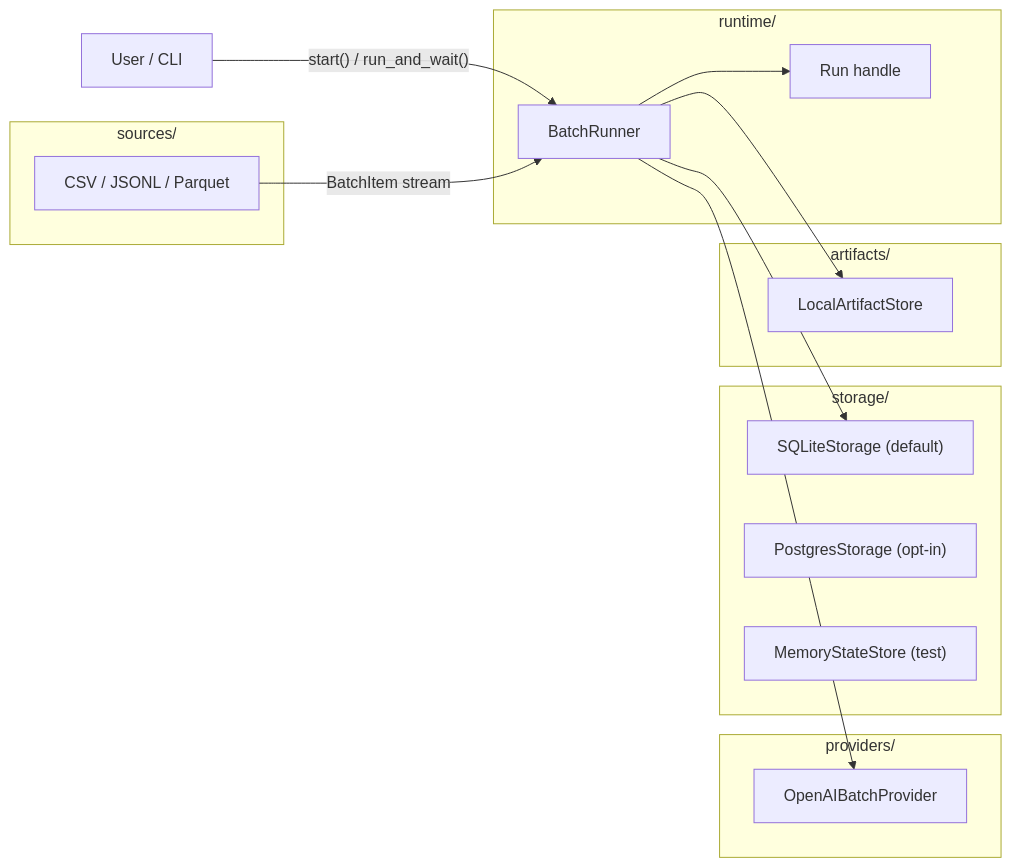
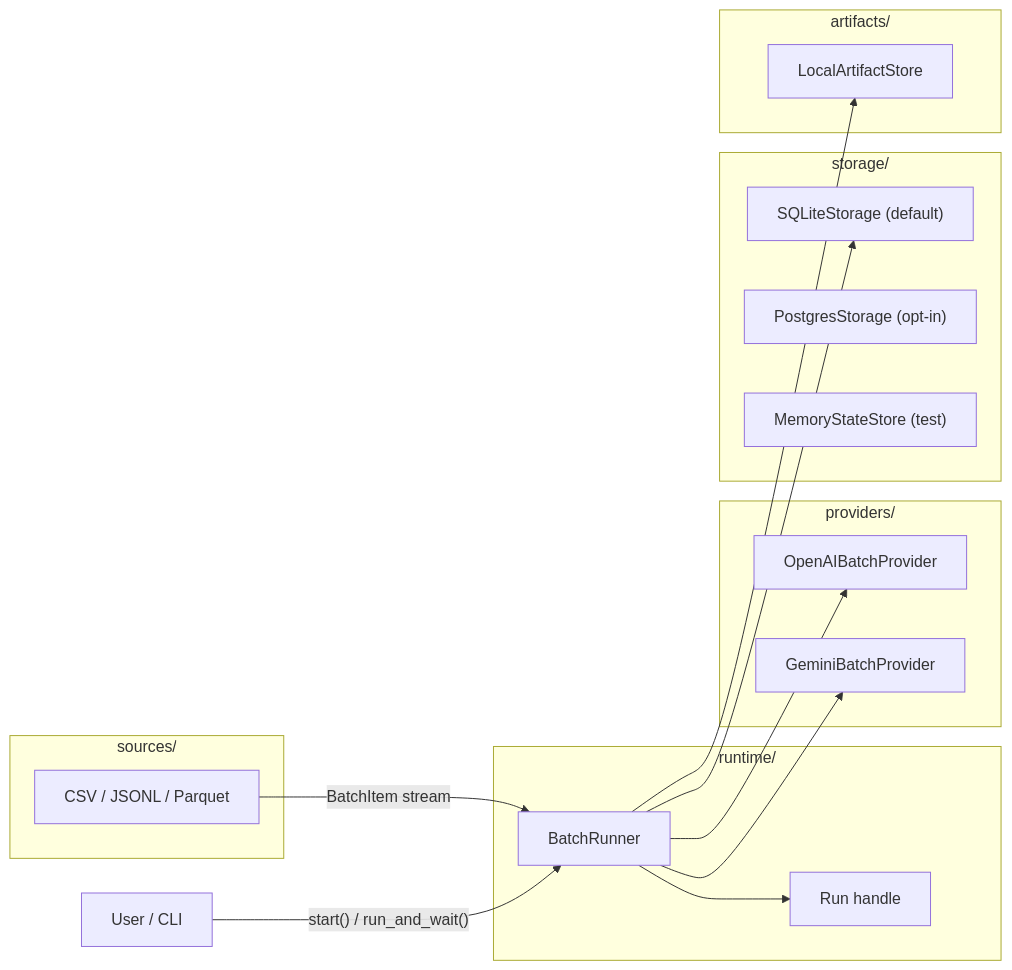
One commit to AnsonDev42/batchor changed the first of 2 diagrams in README.md. Above: the diagram before and after it, drawn with Mermaid. The commit also changed other lines of this file and 36 other files, not shown here.

First line of the commit message:
feat: add Gemini batch provider (#9)

````diff
--- a/README.md
+++ b/README.md
@@ -82,34 +85,36 @@
 ```mermaid
 graph LR
     User["User / CLI"]
 
     subgraph runtime["runtime/"]
         BatchRunner
         Run["Run handle"]
     end
 
     subgraph providers["providers/"]
         OpenAI["OpenAIBatchProvider"]
+        Gemini["GeminiBatchProvider"]
     end
 
     subgraph sources["sources/"]
         Files["CSV / JSONL / Parquet"]
     end
 
     subgraph storage["storage/"]
         SQLite["SQLiteStorage (default)"]
         Postgres["PostgresStorage (opt-in)"]
         Memory["MemoryStateStore (test)"]
     end
 
     subgraph artifacts["artifacts/"]
         LocalFS["LocalArtifactStore"]
     end
 
     User -->|"start() / run_and_wait()"| BatchRunner
     BatchRunner --> Run
     BatchRunner --> OpenAI
+    BatchRunner --> Gemini
     BatchRunner --> SQLite
     BatchRunner --> LocalFS
     Files -->|"BatchItem stream"| BatchRunner
 ```
````
